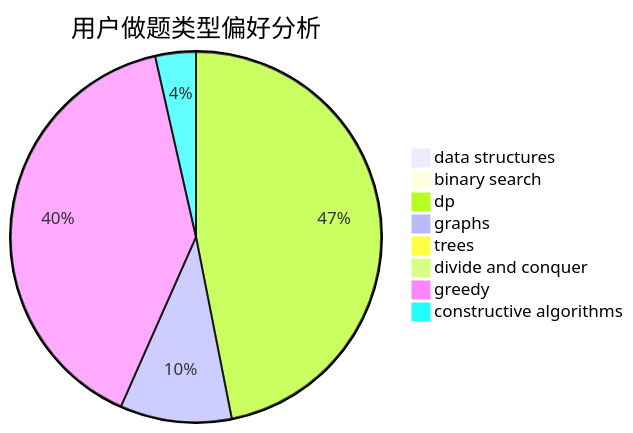
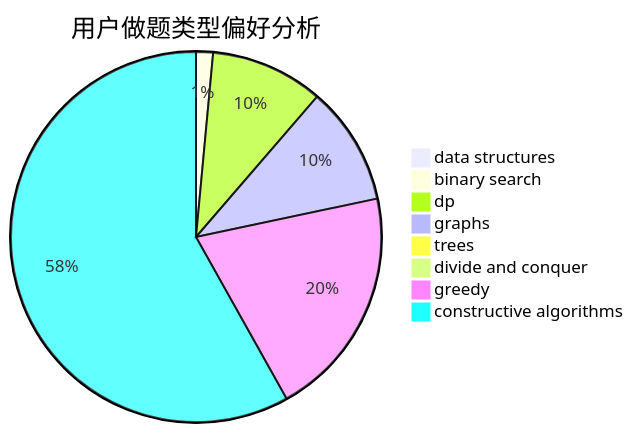
The second of 3 diagrams in docs/user/u1409.md (sherpahu/cfrs.github.io), drawn with Mermaid before and after one commit. The commit also changed other lines of this file and 2770 other files, not shown here.

````diff
--- a/docs/user/u1409.md
+++ b/docs/user/u1409.md
@@ -23,11 +23,11 @@
 ```mermaid
 pie title 用户做题类型偏好分析
     "data structures" :  0
-    "binary search" :  0
-    "dp" :  53
-    "graphs" :  11
+    "binary search" :  3
+    "dp" :  20
+    "graphs" :  21
     "trees" :  0
     "divide and conquer" :  0
-    "greedy" :  45
-    "constructive algorithms" :  4
+    "greedy" :  41
+    "constructive algorithms" :  118
 ```
````
